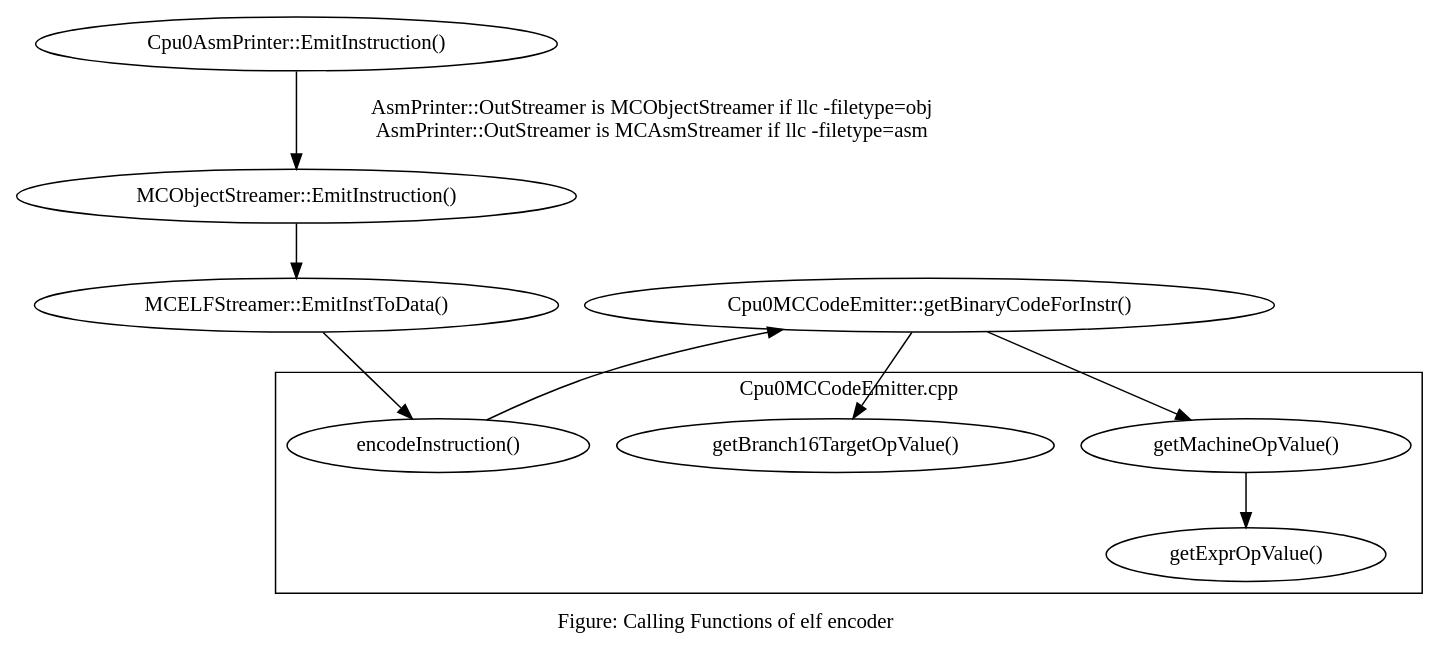
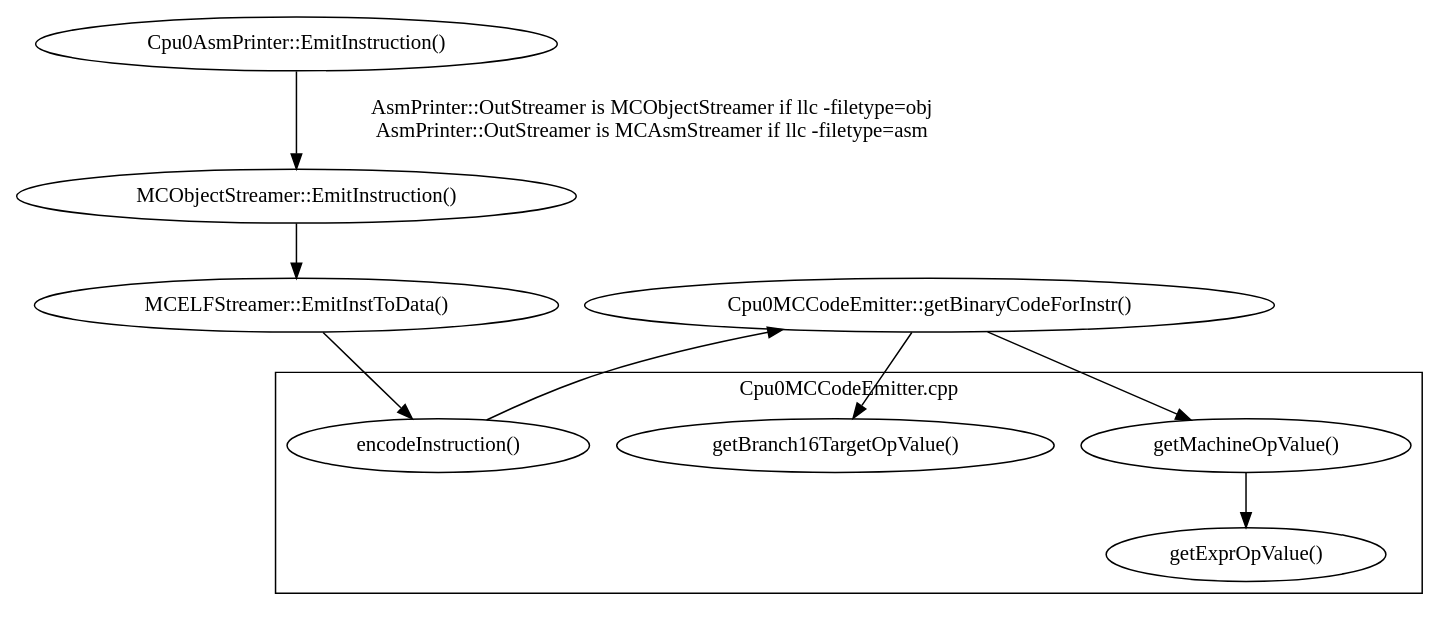
The diagram in Fig/genobj/callFunctions.gv (Jonathan2251/lbd), drawn with Graphviz before and after one commit. The commit also changed 26 other files, not shown here.

```diff
--- a/Fig/genobj/callFunctions.gv
+++ b/Fig/genobj/callFunctions.gv
@@ -1,16 +1,16 @@
 digraph G {
   rankdir=TB;
   "Cpu0AsmPrinter::EmitInstruction()" -> "MCObjectStreamer::EmitInstruction()" [label="AsmPrinter::OutStreamer is MCObjectStreamer if llc -filetype=obj\nAsmPrinter::OutStreamer is MCAsmStreamer if llc -filetype=asm"];
   "MCObjectStreamer::EmitInstruction()" -> "MCELFStreamer::EmitInstToData()" -> "encodeInstruction()" -> "Cpu0MCCodeEmitter::getBinaryCodeForInstr()";
   "Cpu0MCCodeEmitter::getBinaryCodeForInstr()" -> "getBranch16TargetOpValue()";
   "Cpu0MCCodeEmitter::getBinaryCodeForInstr()" -> "getMachineOpValue()";
   subgraph cluster0 {
     label = "Cpu0MCCodeEmitter.cpp";
     "encodeInstruction()";
     "getBranch16TargetOpValue()";
     "getMachineOpValue()";
     "getExprOpValue()";
     "getMachineOpValue()" -> "getExprOpValue()";
   }
-  label = "Figure: Calling Functions of elf encoder";
+//  label = "Figure: Calling Functions of elf encoder";
 }
```
